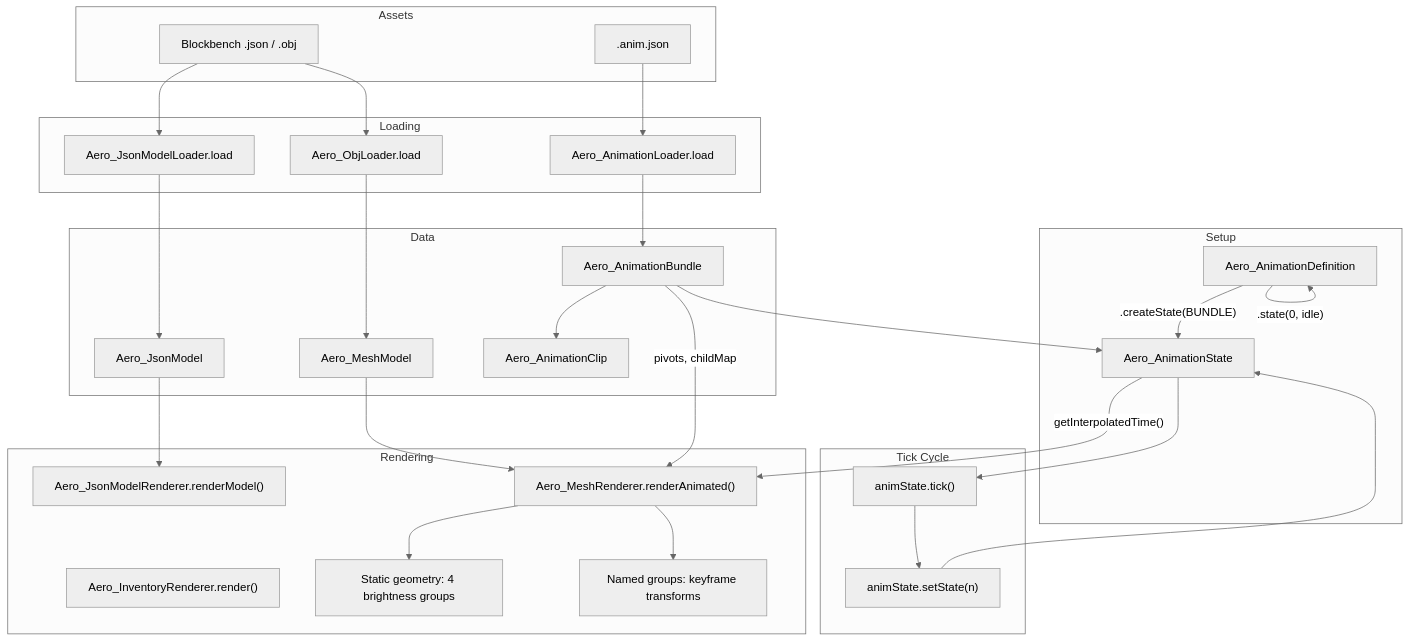
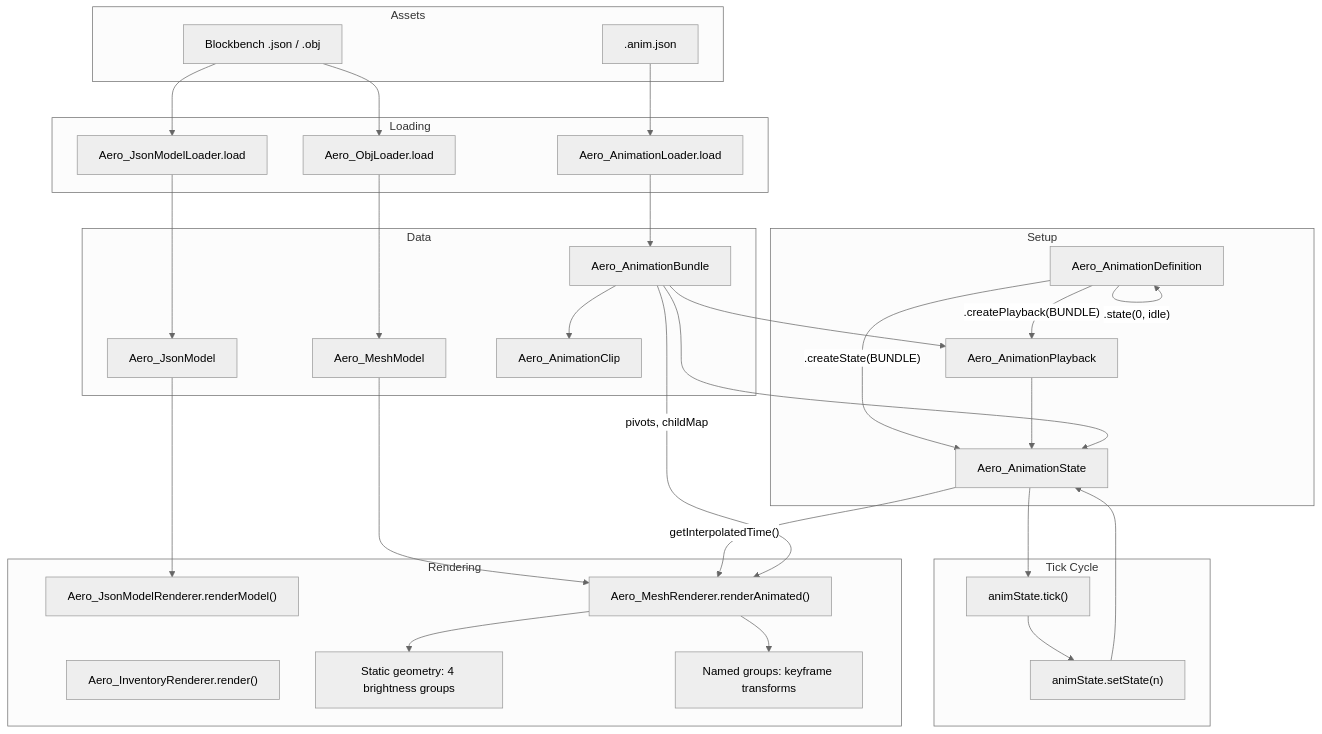
One commit to lucasrgt/aero-model-lib changed the second of 7 diagrams in DOC.md. Above: the diagram before and after it, drawn with Mermaid (neutral theme). The commit also changed other lines of this file and 25 other files, not shown here.

Commit message:
feat: harden modellib architecture and benchmarks

````diff
--- a/DOC.md
+++ b/DOC.md
@@ -118,57 +119,61 @@
 ```mermaid
 flowchart TD
     subgraph Assets
         BB[Blockbench .json / .obj]
         AJ[.anim.json]
     end
 
     subgraph Loading
         ML[Aero_JsonModelLoader.load]
         OL[Aero_ObjLoader.load]
         AL[Aero_AnimationLoader.load]
     end
 
     subgraph Data
         M[Aero_JsonModel]
         MM[Aero_MeshModel]
         AB[Aero_AnimationBundle]
         AC[Aero_AnimationClip]
     end
 
     subgraph Setup
         AD[Aero_AnimationDefinition]
+        AP[Aero_AnimationPlayback]
         AS[Aero_AnimationState]
     end
 
     subgraph TickCycle[Tick Cycle]
         T["animState.tick()"]
         SS["animState.setState(n)"]
     end
 
     subgraph Rendering
         RM["Aero_JsonModelRenderer.renderModel()"]
         MR["Aero_MeshRenderer.renderAnimated()"]
         IR2["Aero_InventoryRenderer.render()"]
         SG[Static geometry: 4 brightness groups]
         NG[Named groups: keyframe transforms]
     end
 
     BB --> ML --> M
     BB --> OL --> MM
     AJ --> AL --> AB --> AC
 
     AD -- ".state(0, idle)" --> AD
+    AD -- ".createPlayback(BUNDLE)" --> AP
     AD -- ".createState(BUNDLE)" --> AS
+    AP --> AS
+    AB --> AP
     AB --> AS
 
     AS --> T --> SS
     SS --> AS
 
     M --> RM
     MM --> MR
     AS -- "getInterpolatedTime()" --> MR
     AB -- "pivots, childMap" --> MR
 
     MR --> SG
     MR --> NG
 ```
````
